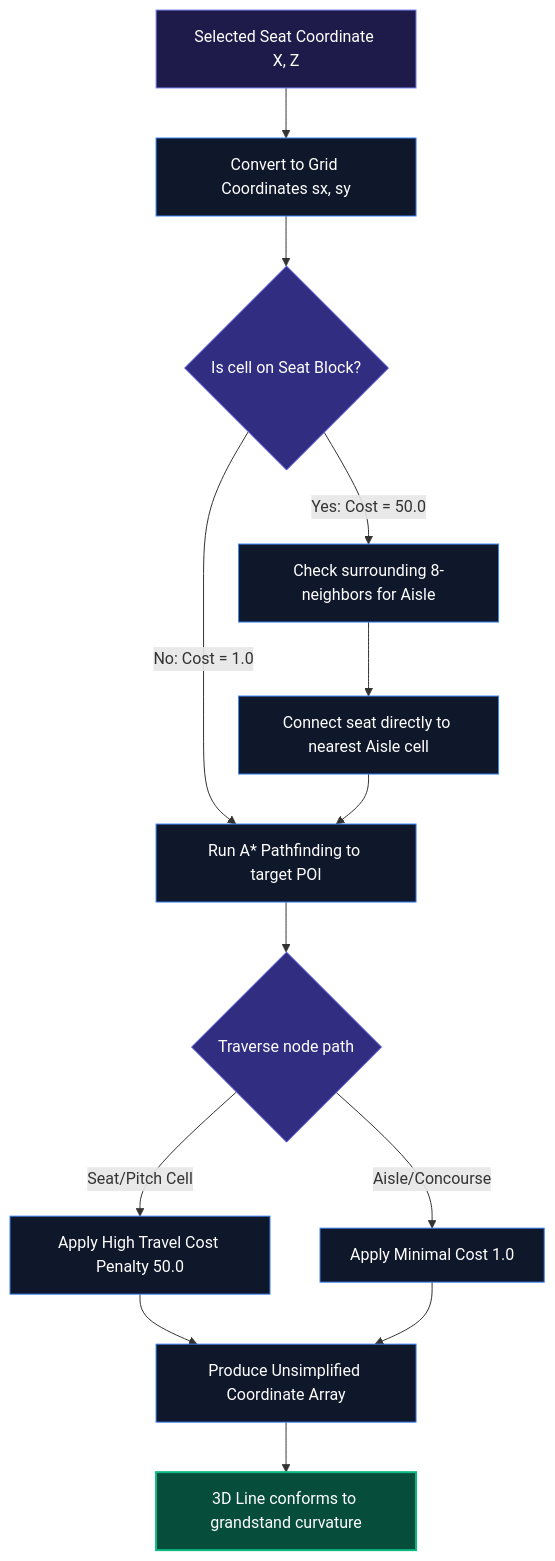
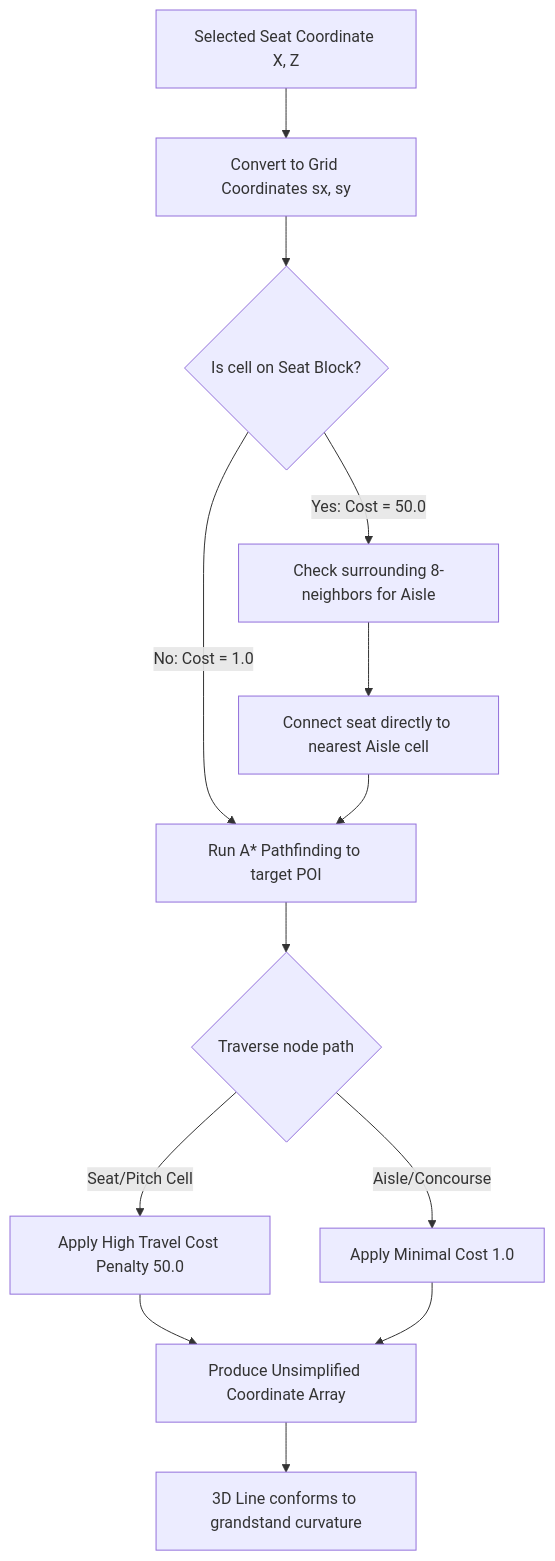
The third of 3 diagrams in README.md (Varshith10121901/Stadium-Controler), drawn with Mermaid before and after one commit. The commit also changed other lines of this file, not shown here.

Commit message:
docs: remove all emojis and styling fills from README diagrams

````diff
--- a/README.md
+++ b/README.md
@@ -93,26 +87,20 @@
 ```mermaid
 graph TD
-    %% Styling
-    classDef start_node fill:#1e1b4b,stroke:#818cf8,stroke-width:1px,color:#fff;
-    classDef process_node fill:#0f172a,stroke:#3b82f6,stroke-width:1px,color:#fff;
-    classDef decision_node fill:#312e81,stroke:#6366f1,stroke-width:1px,color:#fff;
-    classDef output_node fill:#064e3b,stroke:#10b981,stroke-width:2px,color:#fff;
-
-    Start[Selected Seat Coordinate X, Z]:::start_node --> Conv[Convert to Grid Coordinates sx, sy]:::process_node
-    Conv --> Assess{Is cell on Seat Block?}:::decision_node
+    Start[Selected Seat Coordinate X, Z] --> Conv[Convert to Grid Coordinates sx, sy]
+    Conv --> Assess{Is cell on Seat Block?}
     
-    Assess -->|Yes: Cost = 50.0| SearchAisle[Check surrounding 8-neighbors for Aisle]:::process_node
-    Assess -->|No: Cost = 1.0| RunAstar[Run A* Pathfinding to target POI]:::process_node
+    Assess -->|Yes: Cost = 50.0| SearchAisle[Check surrounding 8-neighbors for Aisle]
+    Assess -->|No: Cost = 1.0| RunAstar[Run A* Pathfinding to target POI]
     
-    SearchAisle --> AisleFound[Connect seat directly to nearest Aisle cell]:::process_node
+    SearchAisle --> AisleFound[Connect seat directly to nearest Aisle cell]
     AisleFound --> RunAstar
     
-    RunAstar --> Trace{Traverse node path}:::decision_node
-    Trace -->|Seat/Pitch Cell| CostHigh[Apply High Travel Cost Penalty 50.0]:::process_node
-    Trace -->|Aisle/Concourse| CostNormal[Apply Minimal Cost 1.0]:::process_node
+    RunAstar --> Trace{Traverse node path}
+    Trace -->|Seat/Pitch Cell| CostHigh[Apply High Travel Cost Penalty 50.0]
+    Trace -->|Aisle/Concourse| CostNormal[Apply Minimal Cost 1.0]
     
-    CostHigh --> Finalize[Produce Unsimplified Coordinate Array]:::process_node
+    CostHigh --> Finalize[Produce Unsimplified Coordinate Array]
     CostNormal --> Finalize
     
-    Finalize --> Output[3D Line conforms to grandstand curvature]:::output_node
+    Finalize --> Output[3D Line conforms to grandstand curvature]
 ```
````
